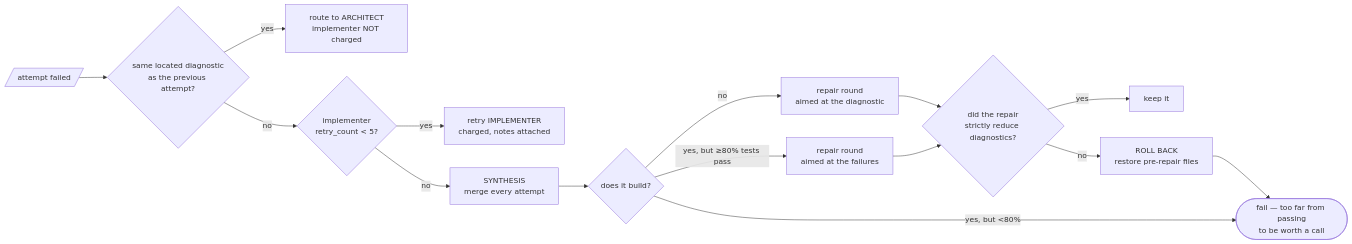
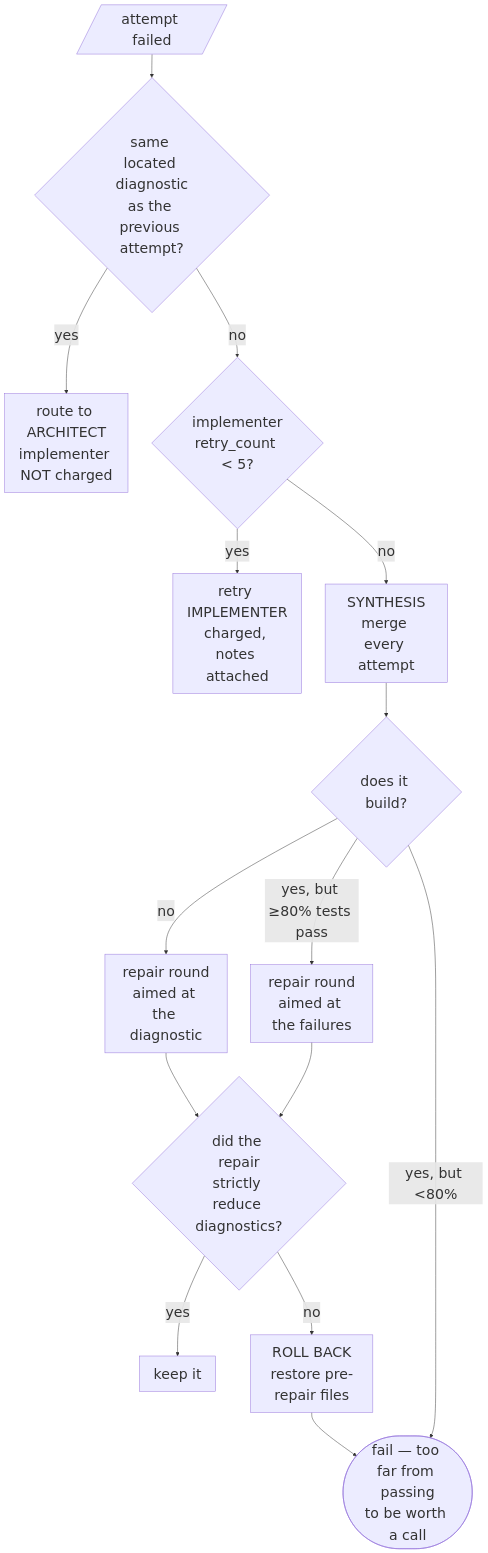
One commit to keithmerrilliv/coding-model-server changed the sixth of 6 diagrams in docs/PIPELINE.md. Above: the diagram before and after it, drawn with Mermaid. The commit also changed other lines of this file, not shown here.

First line of the commit message:
docs: add the topology, the generation fork, and scale diagram 6

````diff
--- a/docs/PIPELINE.md
+++ b/docs/PIPELINE.md
@@ -149,17 +231,18 @@
 ```mermaid
-flowchart LR
+%%{init: {'themeVariables': {'fontSize': '30px'}}}%%
+flowchart TD
     F[/attempt failed/] --> Q1{same located diagnostic<br/>as the previous attempt?}
     Q1 -->|yes| A[route to ARCHITECT<br/>implementer NOT charged]
     Q1 -->|no| Q2{implementer<br/>retry_count &lt; 5?}
     Q2 -->|yes| I[retry IMPLEMENTER<br/>charged, notes attached]
     Q2 -->|no| S[SYNTHESIS<br/>merge every attempt]
     S --> Q3{does it build?}
     Q3 -->|no| R1[repair round<br/>aimed at the diagnostic]
     Q3 -->|"yes, but ≥80% tests pass"| R2[repair round<br/>aimed at the failures]
     Q3 -->|"yes, but &lt;80%"| X([fail — too far from passing<br/>to be worth a call])
     R1 --> V{did the repair<br/>strictly reduce diagnostics?}
     R2 --> V
     V -->|yes| K[keep it]
     V -->|no| RB[ROLL BACK<br/>restore pre-repair files]
     RB --> X
 ```
````
